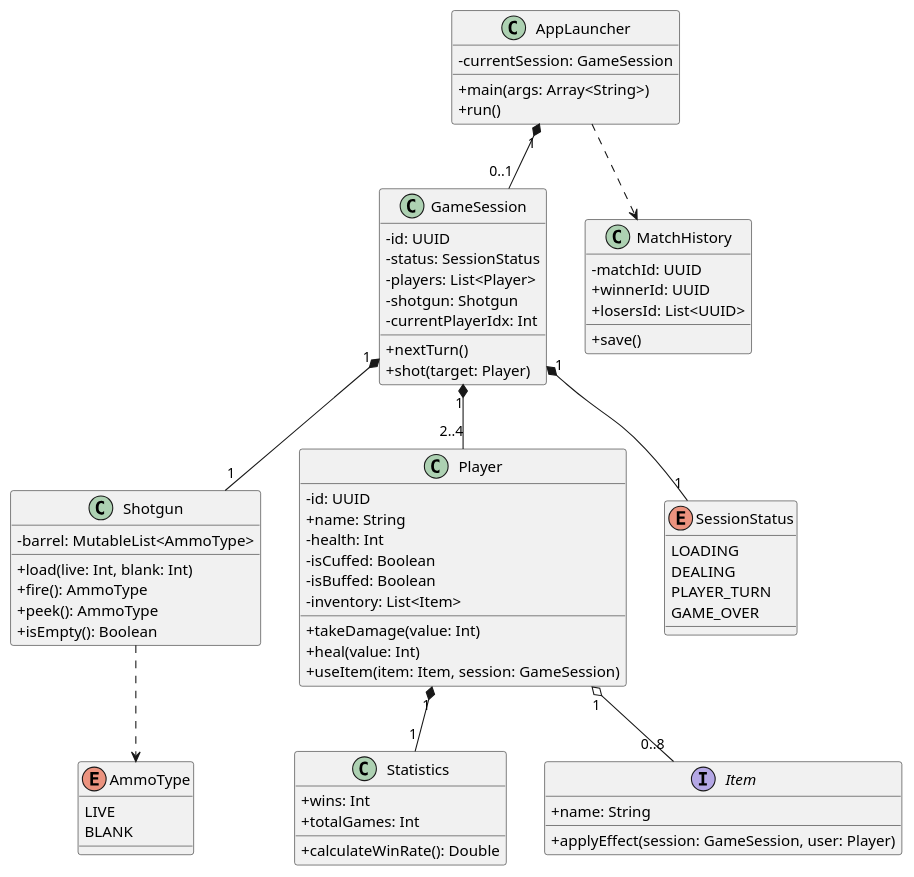
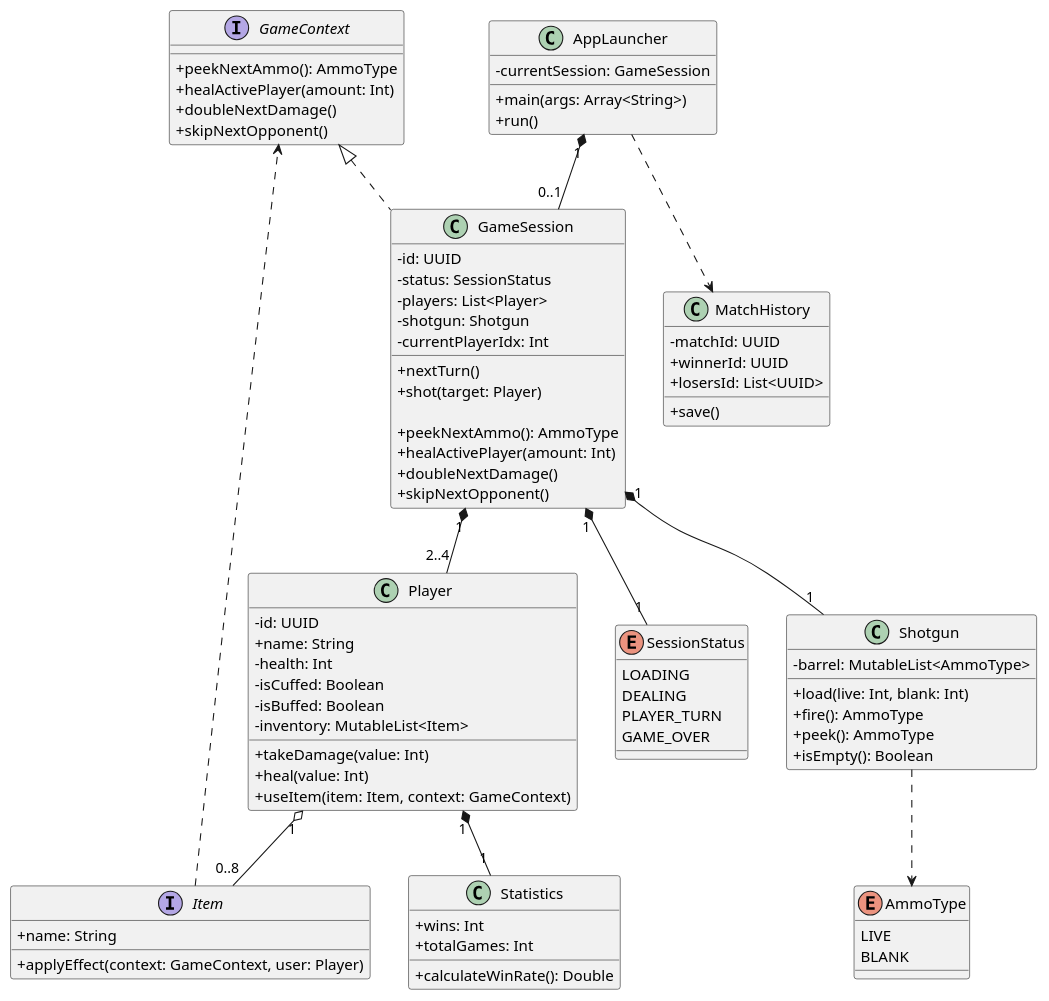
One commit to ermmmaks/CasePracticeKT changed the diagram in diagram.puml. Above: the diagram before and after it, drawn with PlantUML. The commit also changed 4 other files, not shown here.

Commit message:
Change the architecture

```diff
--- a/diagram.puml
+++ b/diagram.puml
@@ -1,91 +1,105 @@
 @startuml
+
 skinparam classAttributeIconSize 0
+
+' --- Интерфейсы и Абстракции (I) ---
+
+interface GameContext {
+    + peekNextAmmo(): AmmoType
+    + healActivePlayer(amount: Int)
+    + doubleNextDamage()
+    + skipNextOpponent()
+}
+
+interface Item {
+    + name: String
+    + applyEffect(context: GameContext, user: Player)
+}
 
 ' --- Основные классы (C) ---
 
 class AppLauncher {
     - currentSession: GameSession
     + main(args: Array<String>)
     + run()
 }
 
-class GameSession {
+class GameSession implements GameContext{
     - id: UUID
     - status: SessionStatus
     - players: List<Player>
     - shotgun: Shotgun
     - currentPlayerIdx: Int
     
     + nextTurn()
     + shot(target: Player)
+    
+    + peekNextAmmo(): AmmoType
+    + healActivePlayer(amount: Int)
+    + doubleNextDamage()
+    + skipNextOpponent()
 }
 
 class Shotgun {
     - barrel: MutableList<AmmoType>
     + load(live: Int, blank: Int)
     + fire(): AmmoType
     + peek(): AmmoType
     + isEmpty(): Boolean
 }
 
 class Player {
     - id: UUID
     + name: String
     - health: Int
     - isCuffed: Boolean
     - isBuffed: Boolean
-    - inventory: List<Item>
+    - inventory: MutableList<Item>
     
     + takeDamage(value: Int)
     + heal(value: Int)
-    + useItem(item: Item, session: GameSession)
+    + useItem(item: Item, context: GameContext)
 }
 
 class Statistics {
     + wins: Int
     + totalGames: Int
     + calculateWinRate(): Double
 }
 
 class MatchHistory {
     - matchId: UUID
     + winnerId: UUID
     + losersId: List<UUID>
     + save()
 }
 
 ' --- Перечисления (E) ---
 
 enum AmmoType {
     LIVE
     BLANK
 }
 
 enum SessionStatus {
     LOADING
     DEALING
     PLAYER_TURN
     GAME_OVER
 }
 
-' --- Интерфейсы и Абстракции (I) ---
-
-interface Item {
-    + name: String
-    + applyEffect(session: GameSession, user: Player)
-}
-
 ' --- Отношения и зависимости ---
 
 AppLauncher "1" *-- "0..1" GameSession
 GameSession "1" *-- "2..4" Player
 GameSession "1" *-- "1" Shotgun
 GameSession "1" *-- "1" SessionStatus
 
+Item ..> GameContext
 Player "1" *-- "1" Statistics
 Player "1" o-- "0..8" Item
 
 Shotgun ..> AmmoType
 AppLauncher ..> MatchHistory
 
 @enduml
```
